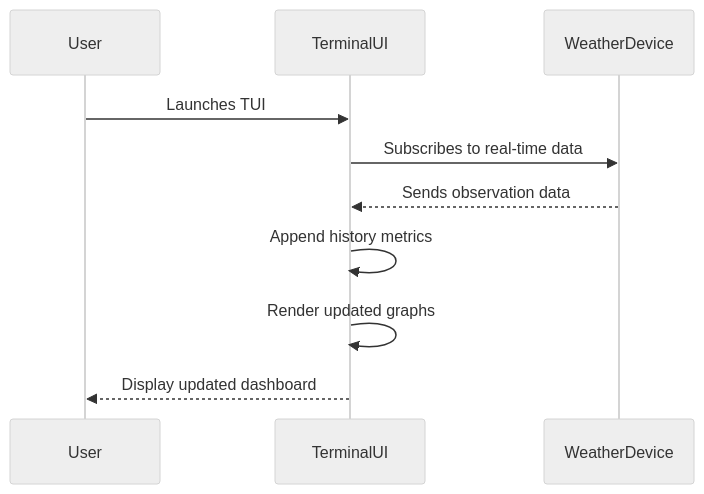
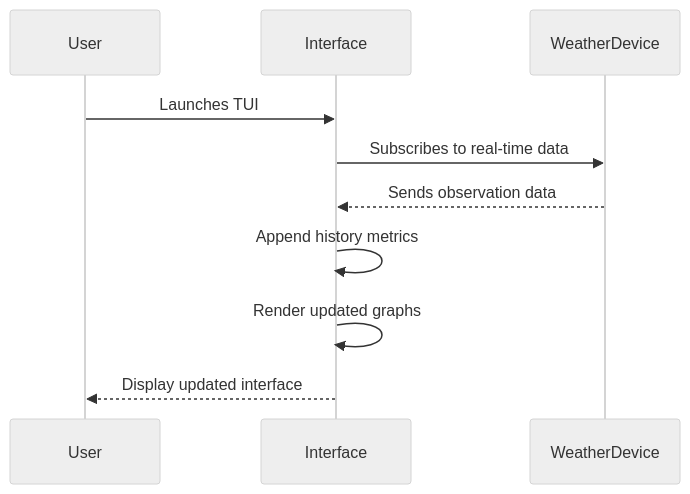
One commit to kdwils/weatherstation changed the diagram in README.md. Above: the diagram before and after it, drawn with Mermaid (neutral theme).

Commit message:
not specific to tui

````diff
--- a/README.md
+++ b/README.md
@@ -9,13 +9,13 @@
 ```mermaid
 sequenceDiagram
     participant User
-    participant TerminalUI
+    participant Interface
     participant WeatherDevice
 
-    User->>TerminalUI: Launches TUI
-    TerminalUI->>WeatherDevice: Subscribes to real-time data
-    WeatherDevice-->>TerminalUI: Sends observation data
-    TerminalUI->>TerminalUI: Append history metrics
-    TerminalUI->>TerminalUI: Render updated graphs
-    TerminalUI-->>User: Display updated dashboard
+    User->>Interface: Launches TUI
+    Interface->>WeatherDevice: Subscribes to real-time data
+    WeatherDevice-->>Interface: Sends observation data
+    Interface->>Interface: Append history metrics
+    Interface->>Interface: Render updated graphs
+    Interface-->>User: Display updated interface
 ```
````
